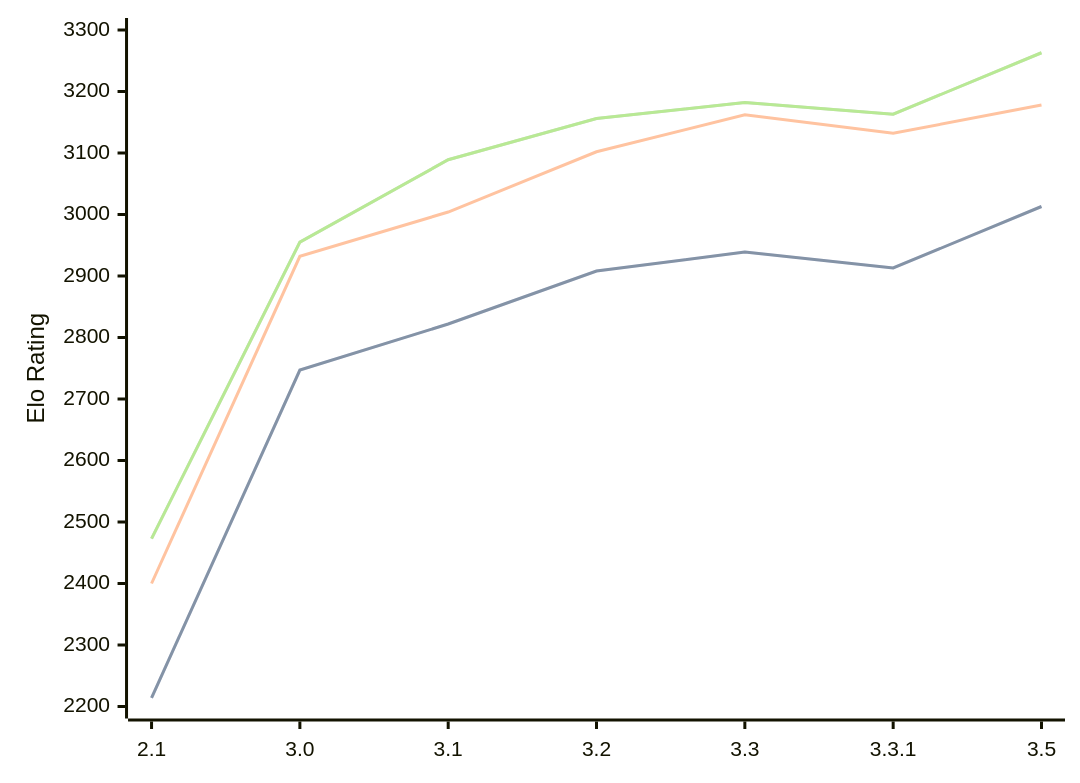
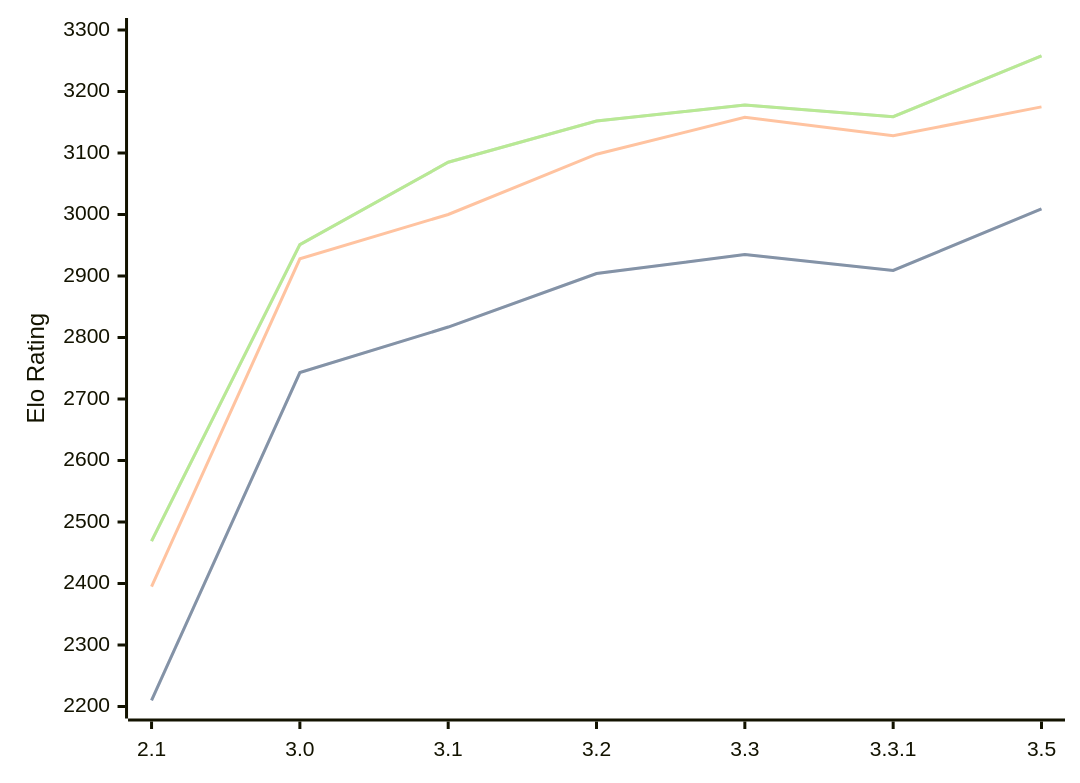
The third of 3 diagrams in engines/Petrel.md (computer-chess-index/cci), drawn with Mermaid before and after one commit. The commit also changed other lines of this file, not shown here.

Commit message:
Update CCI Ratings (ELO VLTC) - 2026-07-16

````diff
--- a/engines/Petrel.md
+++ b/engines/Petrel.md
@@ -79,11 +79,11 @@
 ```mermaid
 %%{init: {"theme":"base","themeVariables":{"seriesColors:['#a3a3a3','#222221','#faa371']}}}%%
 xychart-beta
   x-axis ["2.1", "3.0", "3.1", "3.2", "3.3", "3.3.1", "3.5"]
   y-axis "Elo Rating" 2200 --> 3300
-  line "STC (8.0+0.08s)" [2214, 2747, 2822, 2908, 2939, 2913, 3013]
-  line "STC (8.0+0.08s)" [2214, 2747, 2822, 2908, 2939, 2913, 3013]
-  line "LTC (60.0+0.60s)" [2400, 2932, 3004, 3102, 3162, 3132, 3178]
-  line "VLTC (2m24s+1.12s)" [2473, 2955, 3089, 3156, 3182, 3163, 3263]
-  line "VLTC (2m24s+1.12s)" [2473, 2955, 3089, 3156, 3182, 3163, 3263]
+  line "STC (8.0+0.08s)" [2210, 2743, 2817, 2904, 2935, 2909, 3009]
+  line "STC (8.0+0.08s)" [2210, 2743, 2817, 2904, 2935, 2909, 3009]
+  line "LTC (60.0+0.60s)" [2395, 2928, 3000, 3098, 3158, 3128, 3175]
+  line "VLTC (2m24s+1.12s)" [2469, 2951, 3085, 3152, 3178, 3159, 3258]
+  line "VLTC (2m24s+1.12s)" [2469, 2951, 3085, 3152, 3178, 3159, 3258]
 ```
````
